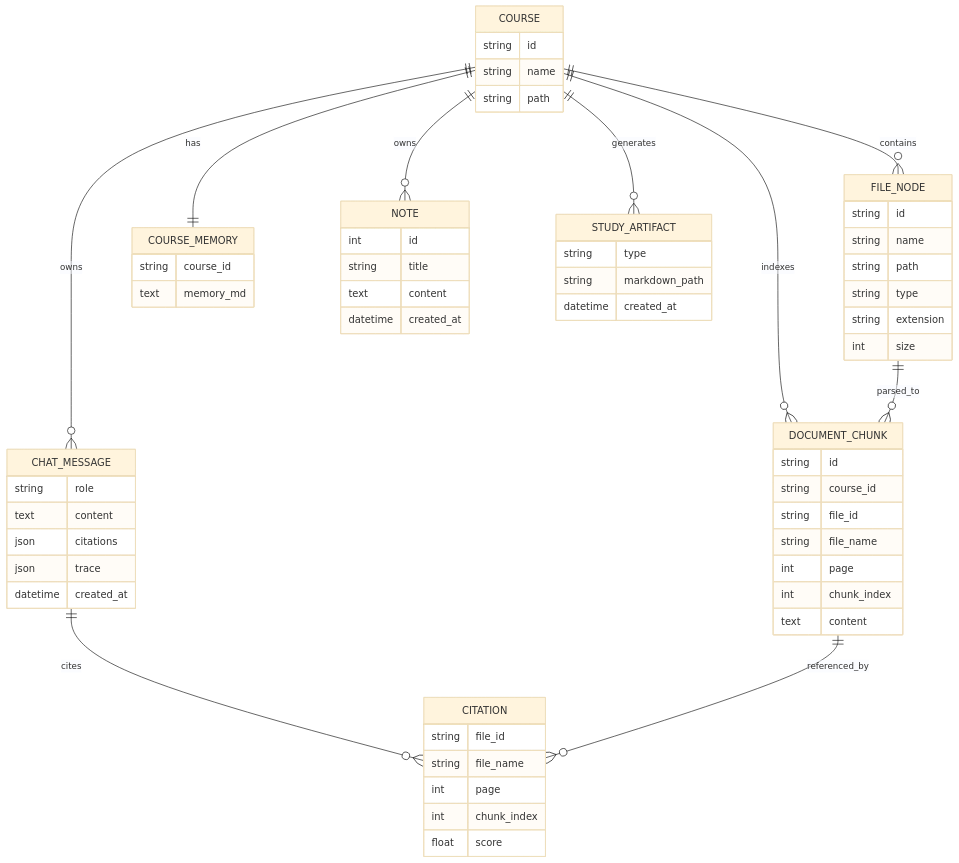
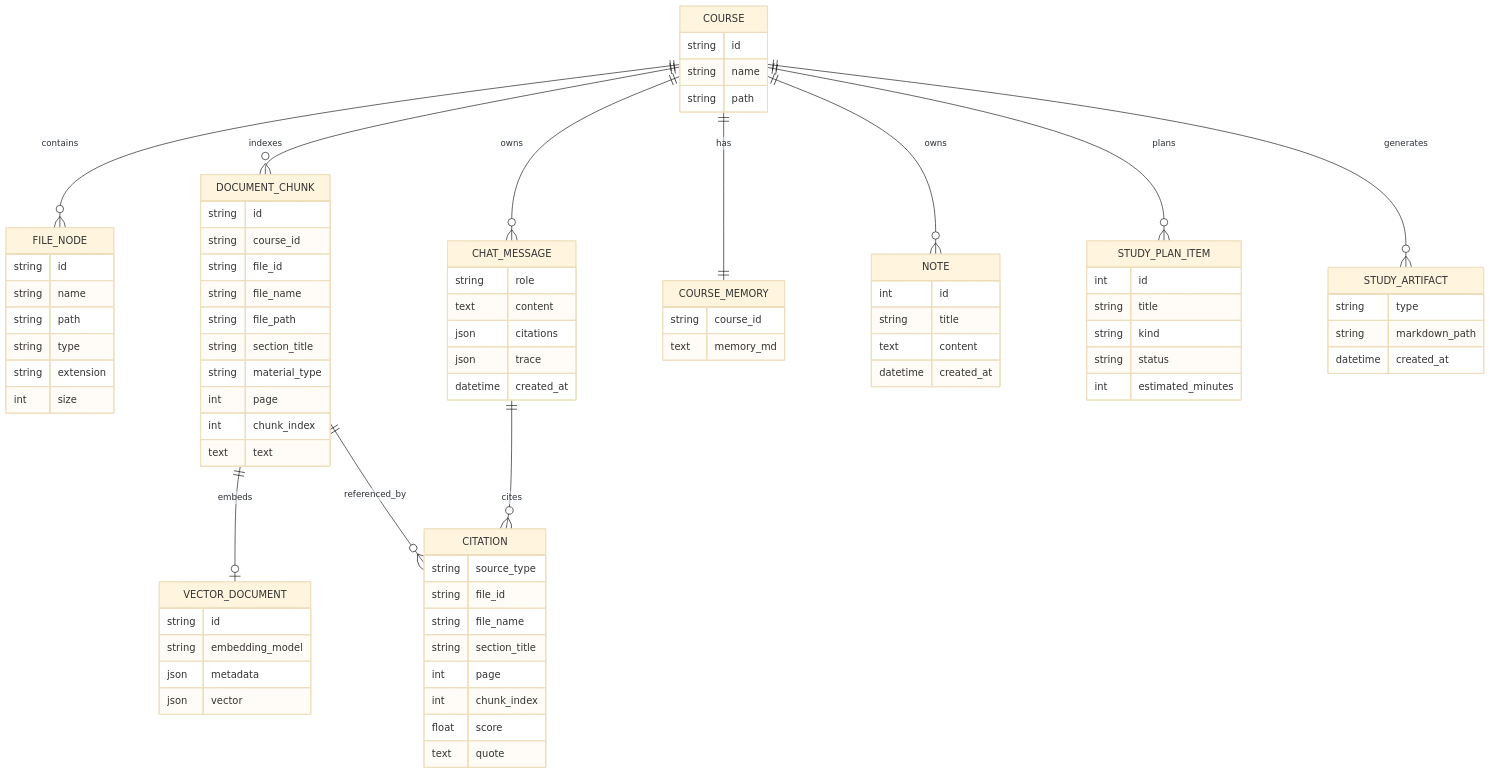
One commit to LuMH1027/ai-learn-assistant changed the fourth of 9 diagrams in docs/系统设计.md. Above: the diagram before and after it, drawn with Mermaid (base theme). The commit also changed other lines of this file and 26 other files, not shown here.

```diff
--- a/docs/系统设计.md
+++ b/docs/系统设计.md
@@ -91,13 +106,14 @@
 erDiagram
     COURSE ||--o{ FILE_NODE : contains
     COURSE ||--o{ DOCUMENT_CHUNK : indexes
+    DOCUMENT_CHUNK ||--o| VECTOR_DOCUMENT : embeds
     COURSE ||--o{ CHAT_MESSAGE : owns
+    CHAT_MESSAGE ||--o{ CITATION : cites
+    DOCUMENT_CHUNK ||--o{ CITATION : referenced_by
     COURSE ||--|| COURSE_MEMORY : has
     COURSE ||--o{ NOTE : owns
+    COURSE ||--o{ STUDY_PLAN_ITEM : plans
     COURSE ||--o{ STUDY_ARTIFACT : generates
-    FILE_NODE ||--o{ DOCUMENT_CHUNK : parsed_to
-    CHAT_MESSAGE ||--o{ CITATION : cites
-    DOCUMENT_CHUNK ||--o{ CITATION : referenced_by
 
     COURSE {
         string id
@@ -117,9 +133,18 @@
         string course_id
         string file_id
         string file_name
+        string file_path
+        string section_title
+        string material_type
         int page
         int chunk_index
-        text content
+        text text
+    }
+    VECTOR_DOCUMENT {
+        string id
+        string embedding_model
+        json metadata
+        json vector
     }
     CHAT_MESSAGE {
         string role
@@ -129,11 +154,14 @@
         datetime created_at
     }
     CITATION {
+        string source_type
         string file_id
         string file_name
+        string section_title
         int page
         int chunk_index
         float score
+        text quote
     }
     COURSE_MEMORY {
         string course_id
@@ -145,6 +173,13 @@
         text content
         datetime created_at
     }
+    STUDY_PLAN_ITEM {
+        int id
+        string title
+        string kind
+        string status
+        int estimated_minutes
+    }
     STUDY_ARTIFACT {
         string type
         string markdown_path
```
